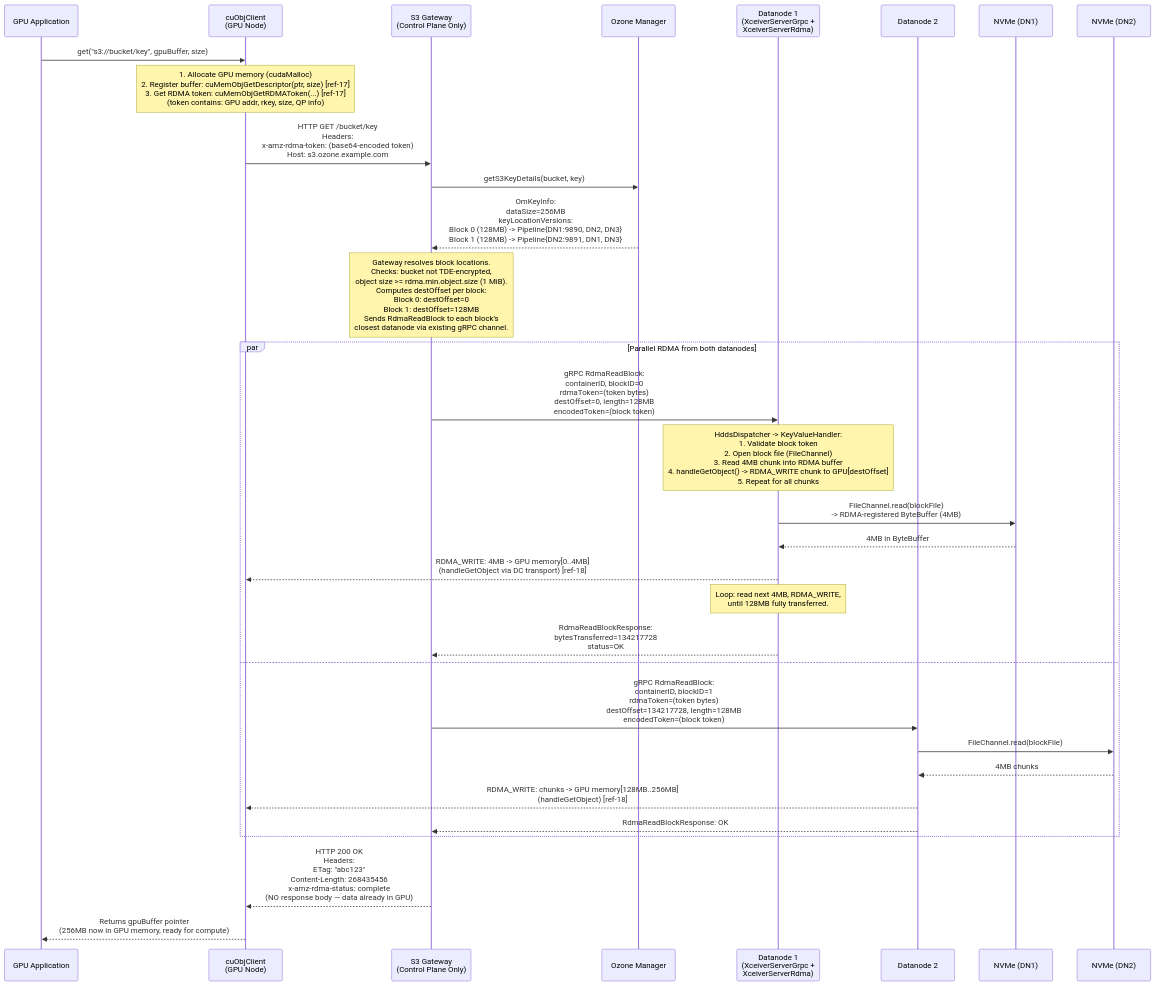
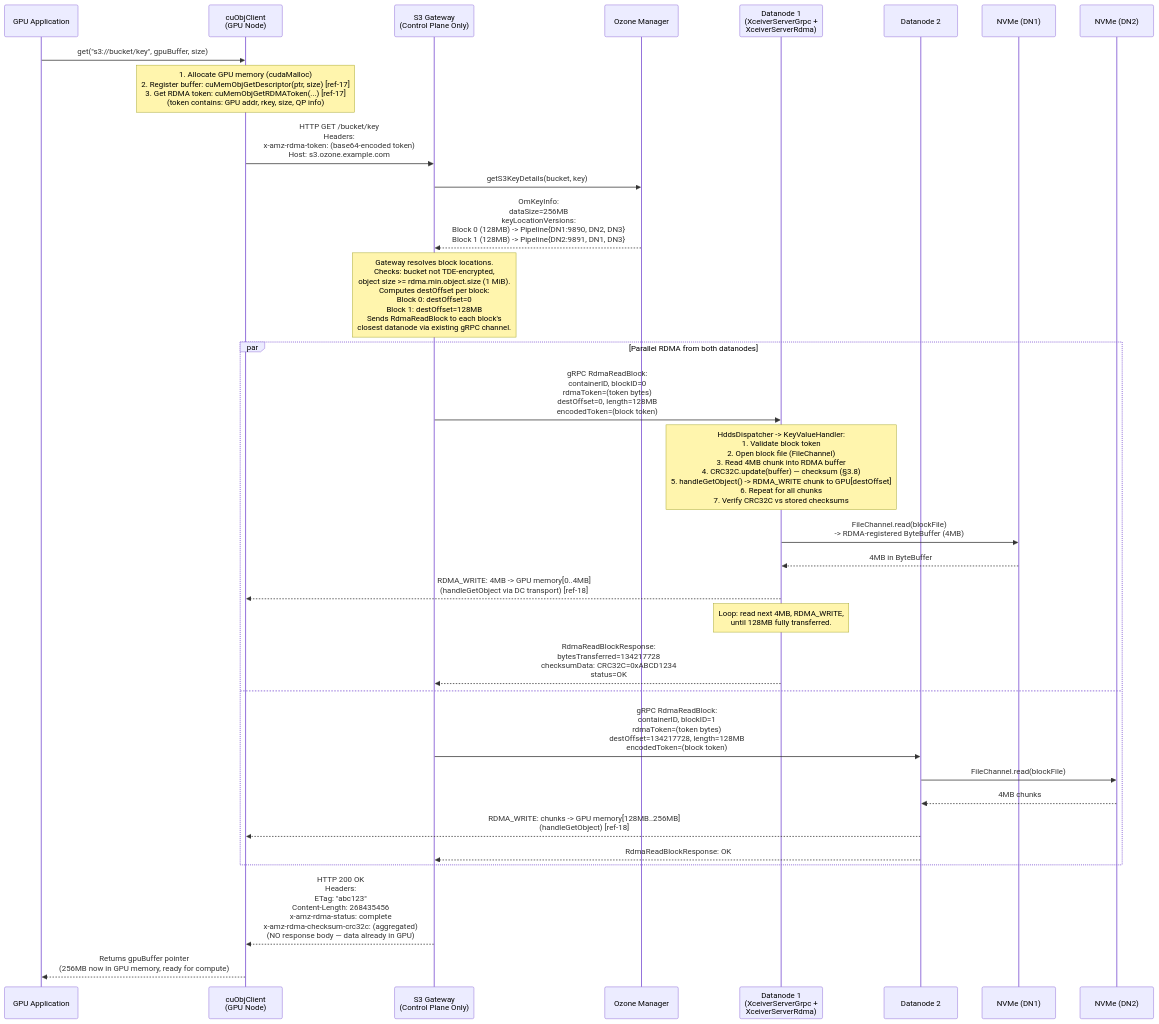
One commit to ptlrs/ozone changed the fourth of 19 diagrams in docs/gds-dn-direct-rdma-implementation-spec.md. Above: the diagram before and after it, drawn with Mermaid. The commit also changed other lines of this file, not shown here.

Commit message:
GPUDIRECT. Update GPUDirect Storage spec to v5.0 with checksum strategy, multi-gateway support, and RDMA buffer pool details

````diff
--- a/docs/gds-dn-direct-rdma-implementation-spec.md
+++ b/docs/gds-dn-direct-rdma-implementation-spec.md
@@ -300,40 +308,40 @@
 ```mermaid
 sequenceDiagram
   participant App as GPU Application
   participant cuObj as cuObjClient<br/>(GPU Node)
   participant GW as S3 Gateway<br/>(Control Plane Only)
   participant OM as Ozone Manager
   participant DN1 as Datanode 1<br/>(XceiverServerGrpc +<br/>XceiverServerRdma)
   participant DN2 as Datanode 2
   participant Disk1 as NVMe (DN1)
   participant Disk2 as NVMe (DN2)
 
   App ->> cuObj: get("s3://bucket/key", gpuBuffer, size)
   Note over cuObj: 1. Allocate GPU memory (cudaMalloc)<br/>2. Register buffer: cuMemObjGetDescriptor(ptr, size) [ref-17]<br/>3. Get RDMA token: cuMemObjGetRDMAToken(...) [ref-17]<br/>(token contains: GPU addr, rkey, size, QP info)
 
   cuObj ->> GW: HTTP GET /bucket/key<br/>Headers:<br/> x-amz-rdma-token: (base64-encoded token)<br/> Host: s3.ozone.example.com
 
   GW ->> OM: getS3KeyDetails(bucket, key)
   OM -->> GW: OmKeyInfo:<br/> dataSize=256MB<br/> keyLocationVersions:<br/> Block 0 (128MB) -> Pipeline{DN1:9890, DN2, DN3}<br/> Block 1 (128MB) -> Pipeline{DN2:9891, DN1, DN3}
 
   Note over GW: Gateway resolves block locations.<br/>Checks: bucket not TDE-encrypted,<br/>object size >= rdma.min.object.size (1 MiB).<br/>Computes destOffset per block:<br/> Block 0: destOffset=0<br/> Block 1: destOffset=128MB<br/>Sends RdmaReadBlock to each block's<br/>closest datanode via existing gRPC channel.
 
   par Parallel RDMA from both datanodes
     GW ->> DN1: gRPC RdmaReadBlock:<br/> containerID, blockID=0<br/> rdmaToken=(token bytes)<br/> destOffset=0, length=128MB<br/> encodedToken=(block token)
-    Note over DN1: HddsDispatcher -> KeyValueHandler:<br/>1. Validate block token<br/>2. Open block file (FileChannel)<br/>3. Read 4MB chunk into RDMA buffer<br/>4. handleGetObject() -> RDMA_WRITE chunk to GPU[destOffset]<br/>5. Repeat for all chunks
+    Note over DN1: HddsDispatcher -> KeyValueHandler:<br/>1. Validate block token<br/>2. Open block file (FileChannel)<br/>3. Read 4MB chunk into RDMA buffer<br/>4. CRC32C.update(buffer) — checksum (§3.8)<br/>5. handleGetObject() -> RDMA_WRITE chunk to GPU[destOffset]<br/>6. Repeat for all chunks<br/>7. Verify CRC32C vs stored checksums
     DN1 ->> Disk1: FileChannel.read(blockFile)<br/>-> RDMA-registered ByteBuffer (4MB)
     Disk1 -->> DN1: 4MB in ByteBuffer
     DN1 -->> cuObj: RDMA_WRITE: 4MB -> GPU memory[0..4MB]<br/>(handleGetObject via DC transport) [ref-18]
     Note over DN1: Loop: read next 4MB, RDMA_WRITE,<br/>until 128MB fully transferred.
-    DN1 -->> GW: RdmaReadBlockResponse:<br/> bytesTransferred=134217728<br/> status=OK
+    DN1 -->> GW: RdmaReadBlockResponse:<br/> bytesTransferred=134217728<br/> checksumData: CRC32C=0xABCD1234<br/> status=OK
   and
     GW ->> DN2: gRPC RdmaReadBlock:<br/> containerID, blockID=1<br/> rdmaToken=(token bytes)<br/> destOffset=134217728, length=128MB<br/> encodedToken=(block token)
     DN2 ->> Disk2: FileChannel.read(blockFile)
     Disk2 -->> DN2: 4MB chunks
     DN2 -->> cuObj: RDMA_WRITE: chunks -> GPU memory[128MB..256MB]<br/>(handleGetObject) [ref-18]
     DN2 -->> GW: RdmaReadBlockResponse: OK
   end
 
-  GW -->> cuObj: HTTP 200 OK<br/>Headers:<br/> ETag: "abc123"<br/> Content-Length: 268435456<br/> x-amz-rdma-status: complete<br/>(NO response body — data already in GPU)
+  GW -->> cuObj: HTTP 200 OK<br/>Headers:<br/> ETag: "abc123"<br/> Content-Length: 268435456<br/> x-amz-rdma-status: complete<br/> x-amz-rdma-checksum-crc32c: (aggregated)<br/>(NO response body — data already in GPU)
   cuObj -->> App: Returns gpuBuffer pointer<br/>(256MB now in GPU memory, ready for compute)
 ```
````
